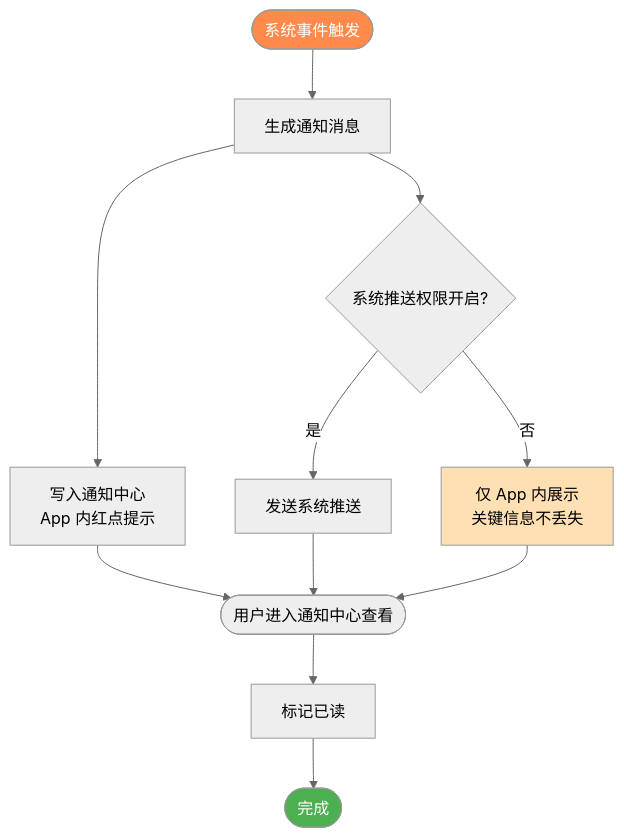
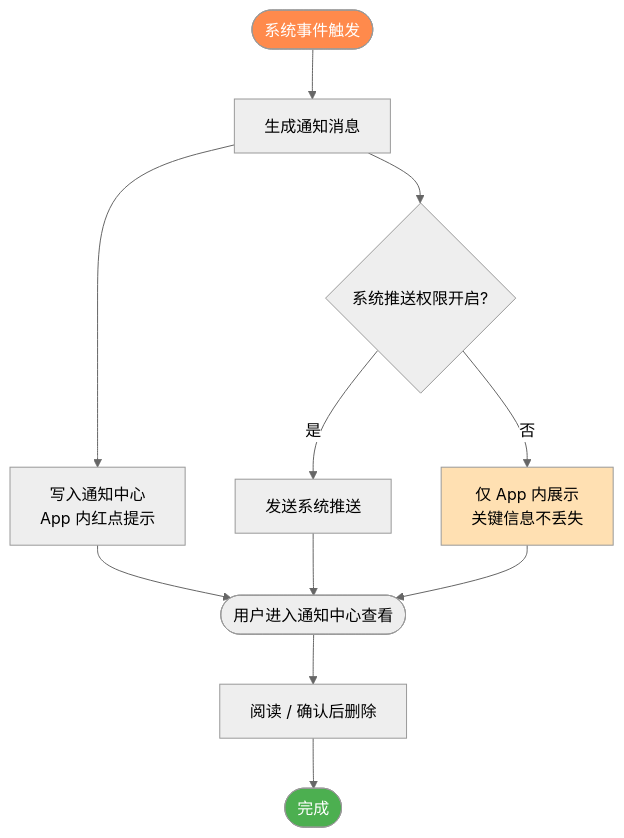
Diagram 14 of 16 in docs/PRD.md (raochen0000/HomeBook), drawn with Mermaid (neutral theme) before and after one commit. The commit also changed other lines of this file and 24 other files, not shown here.

````diff
--- a/docs/PRD.md
+++ b/docs/PRD.md
@@ -1390,18 +1392,18 @@
 ```mermaid
 flowchart TD
     A([系统事件触发]) --> B[生成通知消息]
     B --> C[写入通知中心<br/>App 内红点提示]
     B --> D{系统推送权限开启?}
     D -- 是 --> D1[发送系统推送]
     D -- 否 --> D2[仅 App 内展示<br/>关键信息不丢失]
 
     C --> E([用户进入通知中心查看])
     D1 --> E
     D2 --> E
-    E --> F[标记已读]
+    E --> F[阅读 / 确认后删除]
     F --> Z([完成])
 
     style A fill:#FF8A4C,color:#fff
     style Z fill:#4CAF50,color:#fff
     style D2 fill:#FFE0B2
 ```
````
